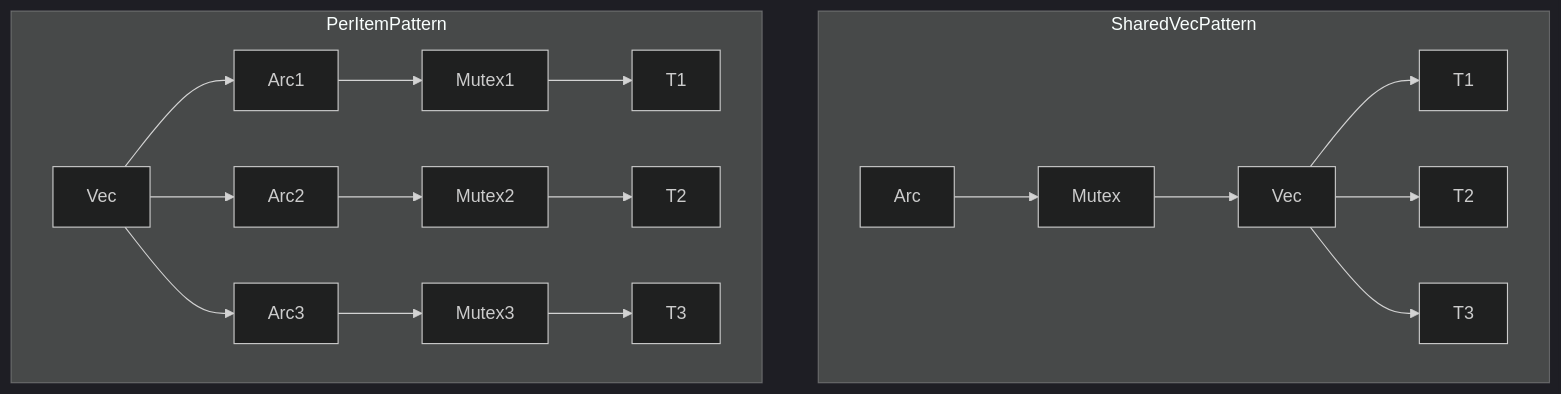
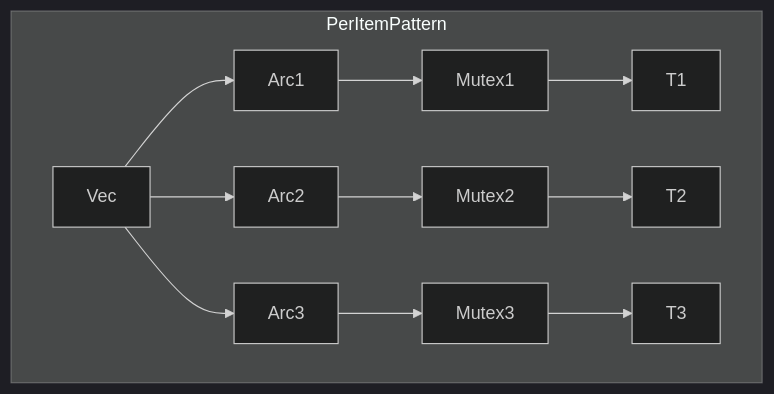
One commit to xmlbuilder/RustTutorial changed the third of 3 diagrams in Chapter-15(SmartPointers_and_MemoryModels)/19-Smart_Pointer_순서.md. Above: the diagram before and after it, drawn with Mermaid (dark theme).

````diff
--- a/Chapter-15(SmartPointers_and_MemoryModels)/19-Smart_Pointer_순서.md
+++ b/Chapter-15(SmartPointers_and_MemoryModels)/19-Smart_Pointer_순서.md
@@ -210,38 +228,24 @@
 ```mermaid
 graph TD
-  subgraph SharedVecPattern
-    A1[Arc]
-    A2[Mutex]
-    A3[Vec]
-    A4[T1]
-    A5[T2]
-    A6[T3]
-    A1 --> A2
-    A2 --> A3
-    A3 --> A4
-    A3 --> A5
-    A3 --> A6
-  end
-
   subgraph PerItemPattern
     B1[Vec]
     B2[Arc1]
     B3[Mutex1]
     B4[T1]
     B5[Arc2]
     B6[Mutex2]
     B7[T2]
     B8[Arc3]
     B9[Mutex3]
     B10[T3]
     B1 --> B2
     B2 --> B3
     B3 --> B4
     B1 --> B5
     B5 --> B6
     B6 --> B7
     B1 --> B8
     B8 --> B9
     B9 --> B10
   end
 ```
````
